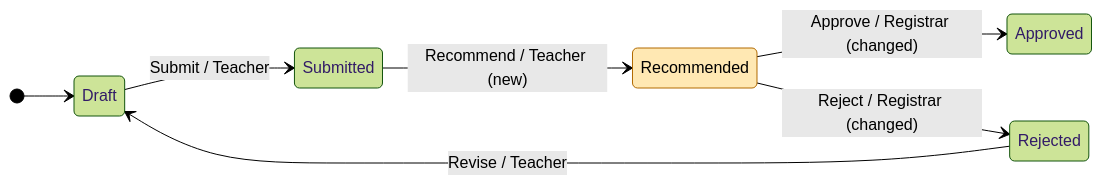
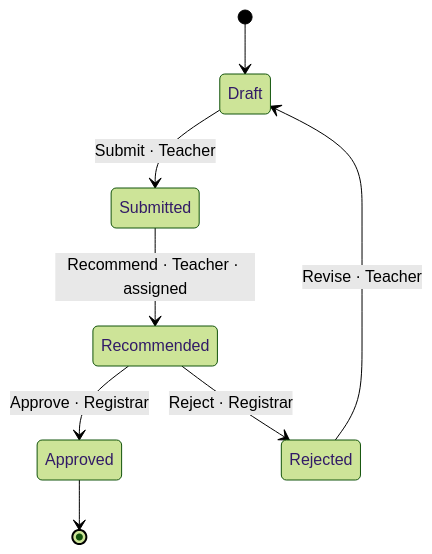
The fourth of 4 diagrams in README.md (45ck/eija-studio), drawn with Mermaid (forest theme) before and after one commit. The commit also changed other lines of this file and 2 other files, not shown here.

````diff
--- a/README.md
+++ b/README.md
@@ -70,12 +103,12 @@
 ```mermaid
+%% eija: candidate: workflow excursion semantic_hash=b26c9af5ae4cd958099956232721a70e73cb7e6efe1b213ff32417829b588e56
 stateDiagram-v2
-    direction LR
+    direction TB
     [*] --> Draft
-    Recommended --> Approved: Approve / Registrar (changed)
-    Submitted --> Recommended: Recommend / Teacher (new)
-    Recommended --> Rejected: Reject / Registrar (changed)
-    Rejected --> Draft: Revise / Teacher
-    Draft --> Submitted: Submit / Teacher
-    classDef added fill:#ffe8b3,stroke:#b26a00,color:#000
-    class Recommended added
+    Draft --> Submitted: Submit · Teacher
+    Recommended --> Approved: Approve · Registrar
+    Recommended --> Rejected: Reject · Registrar
+    Rejected --> Draft: Revise · Teacher
+    Submitted --> Recommended: Recommend · Teacher · assigned
+    Approved --> [*]
 ```
````
